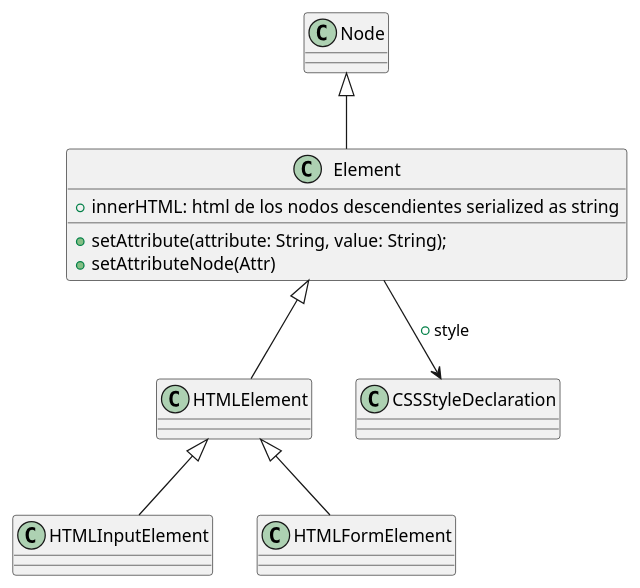
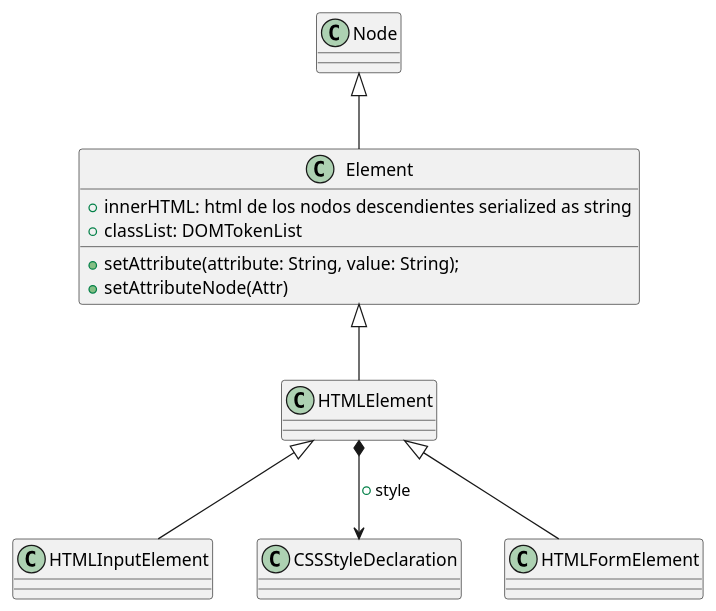
Before and after one commit to PabloMartinFluvia/tech-dhtml: the diagram in docs/dhtml/elements/Element.plantuml, drawn with PlantUML. The commit also changed 19 other files, not shown here.

```diff
--- a/docs/dhtml/elements/Element.plantuml
+++ b/docs/dhtml/elements/Element.plantuml
@@ -1,22 +1,23 @@
 @startuml element
 
 class Element {
     + innerHTML: html de los nodos descendientes serialized as string
+    + classList: DOMTokenList
 
     + setAttribute(attribute: String, value: String);
     + setAttributeNode(Attr)
 }
 Node <|-- Element
 
 class HTMLElement 
 Element <|-- HTMLElement
-Element --> CSSStyleDeclaration: + style
 
 class HTMLInputElement 
 HTMLElement <|-- HTMLInputElement
+HTMLElement *--> CSSStyleDeclaration: + style
 
 class HTMLFormElement
 HTMLElement <|-- HTMLFormElement
 
 class CSSStyleDeclaration
 @enduml
```
